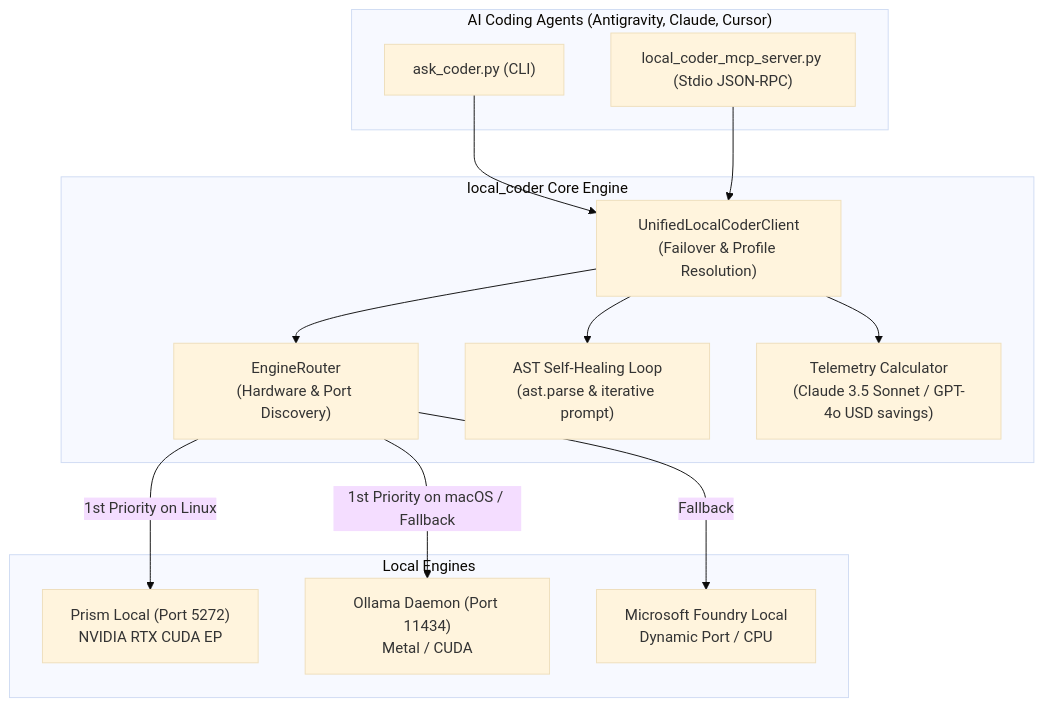
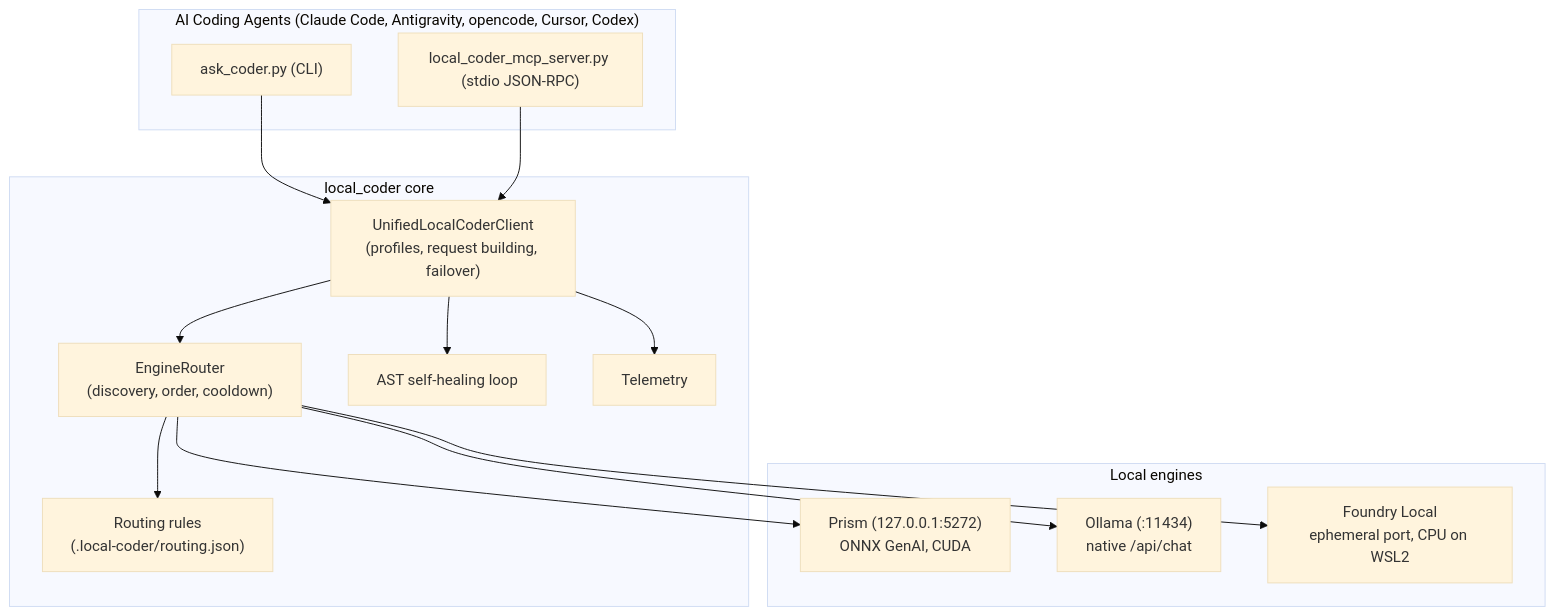
One commit to senssei/local-coders changed the diagram in docs/UNIFIED_LOCAL_CODER.md. Above: the diagram before and after it, drawn with Mermaid (base theme). The commit also changed other lines of this file and 36 other files, not shown here.

First line of the commit message:
feat: enhance local_coder with model fallbacks, discovery caching, and telemetry improvements

````diff
--- a/docs/UNIFIED_LOCAL_CODER.md
+++ b/docs/UNIFIED_LOCAL_CODER.md
@@ -25,29 +22,31 @@
 ```mermaid
 flowchart TD
-    subgraph Agents ["AI Coding Agents (Antigravity, Claude, Cursor)"]
+    subgraph Agents ["AI Coding Agents (Claude Code, Antigravity, opencode, Cursor, Codex)"]
         CLI["ask_coder.py (CLI)"]
-        MCP["local_coder_mcp_server.py (Stdio JSON-RPC)"]
+        MCP["local_coder_mcp_server.py (stdio JSON-RPC)"]
     end
 
-    subgraph Core ["local_coder Core Engine"]
-        Router["EngineRouter\n(Hardware & Port Discovery)"]
-        Client["UnifiedLocalCoderClient\n(Failover & Profile Resolution)"]
-        Healer["AST Self-Healing Loop\n(ast.parse & iterative prompt)"]
-        Telemetry["Telemetry Calculator\n(Claude 3.5 Sonnet / GPT-4o USD savings)"]
+    subgraph Core ["local_coder core"]
+        Client["UnifiedLocalCoderClient\n(profiles, request building, failover)"]
+        Router["EngineRouter\n(discovery, order, cooldown)"]
+        Rules["Routing rules\n(.local-coder/routing.json)"]
+        Healer["AST self-healing loop"]
+        Telemetry["Telemetry"]
     end
 
-    subgraph Backends ["Local Engines"]
-        Prism["Prism Local (Port 5272)\nNVIDIA RTX CUDA EP"]
-        Ollama["Ollama Daemon (Port 11434)\nMetal / CUDA"]
-        Foundry["Microsoft Foundry Local\nDynamic Port / CPU"]
+    subgraph Backends ["Local engines"]
+        Prism["Prism (127.0.0.1:5272)\nONNX GenAI, CUDA"]
+        Ollama["Ollama (:11434)\nnative /api/chat"]
+        Foundry["Foundry Local\nephemeral port, CPU on WSL2"]
     end
 
     CLI --> Client
     MCP --> Client
     Client --> Router
+    Router --> Rules
     Client --> Healer
     Client --> Telemetry
-    Router -->|1st Priority on Linux| Prism
-    Router -->|1st Priority on macOS / Fallback| Ollama
-    Router -->|Fallback| Foundry
+    Router --> Prism
+    Router --> Ollama
+    Router --> Foundry
 ```
````
